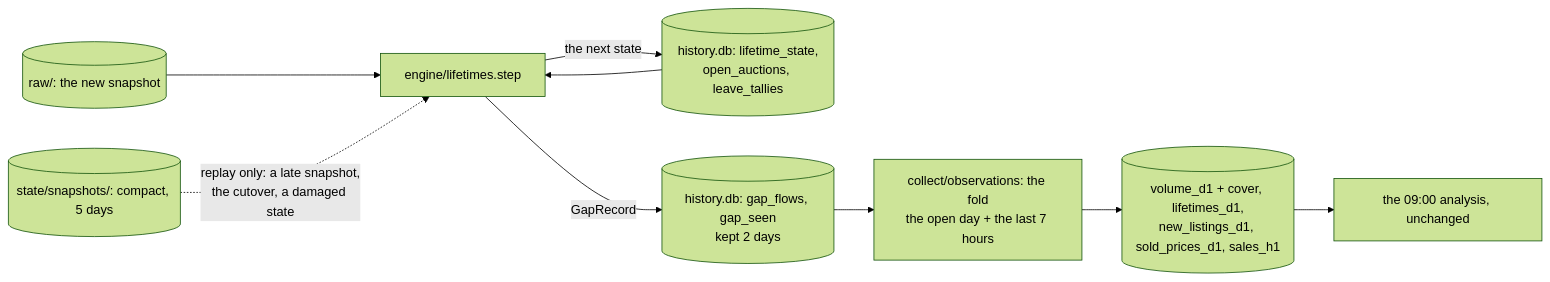
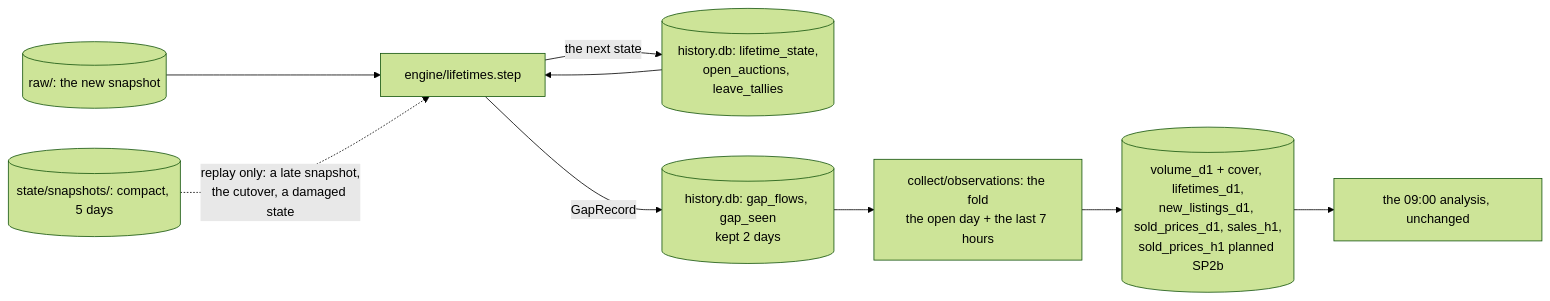
Before and after one commit to ctng1213/WowAuction: the fourth of 10 diagrams in docs/ARCHITECTURE.md, drawn with Mermaid (forest theme). The commit also changed other lines of this file and 5 other files, not shown here.

````diff
--- a/docs/ARCHITECTURE.md
+++ b/docs/ARCHITECTURE.md
@@ -143,11 +143,11 @@
 ```mermaid
 flowchart LR
   New[(raw/: the new snapshot)] --> Step[engine/lifetimes.step]
   State[(history.db: lifetime_state,<br/>open_auctions, leave_tallies)] --> Step
   Step -->|the next state| State
   Step -->|GapRecord| Ledger[(history.db: gap_flows, gap_seen<br/>kept 2 days)]
   Ledger --> Fold[collect/observations: the fold<br/>the open day + the last 7 hours]
-  Fold --> Rows[(volume_d1 + cover, lifetimes_d1,<br/>new_listings_d1, sold_prices_d1, sales_h1)]
+  Fold --> Rows[(volume_d1 + cover, lifetimes_d1,<br/>new_listings_d1, sold_prices_d1, sales_h1,<br/>sold_prices_h1 planned SP2b)]
   Rows --> Analysis[the 09:00 analysis, unchanged]
   Compact[(state/snapshots/: compact, 5 days)] -.replay only: a late snapshot,<br/>the cutover, a damaged state.-> Step
 ```
````
